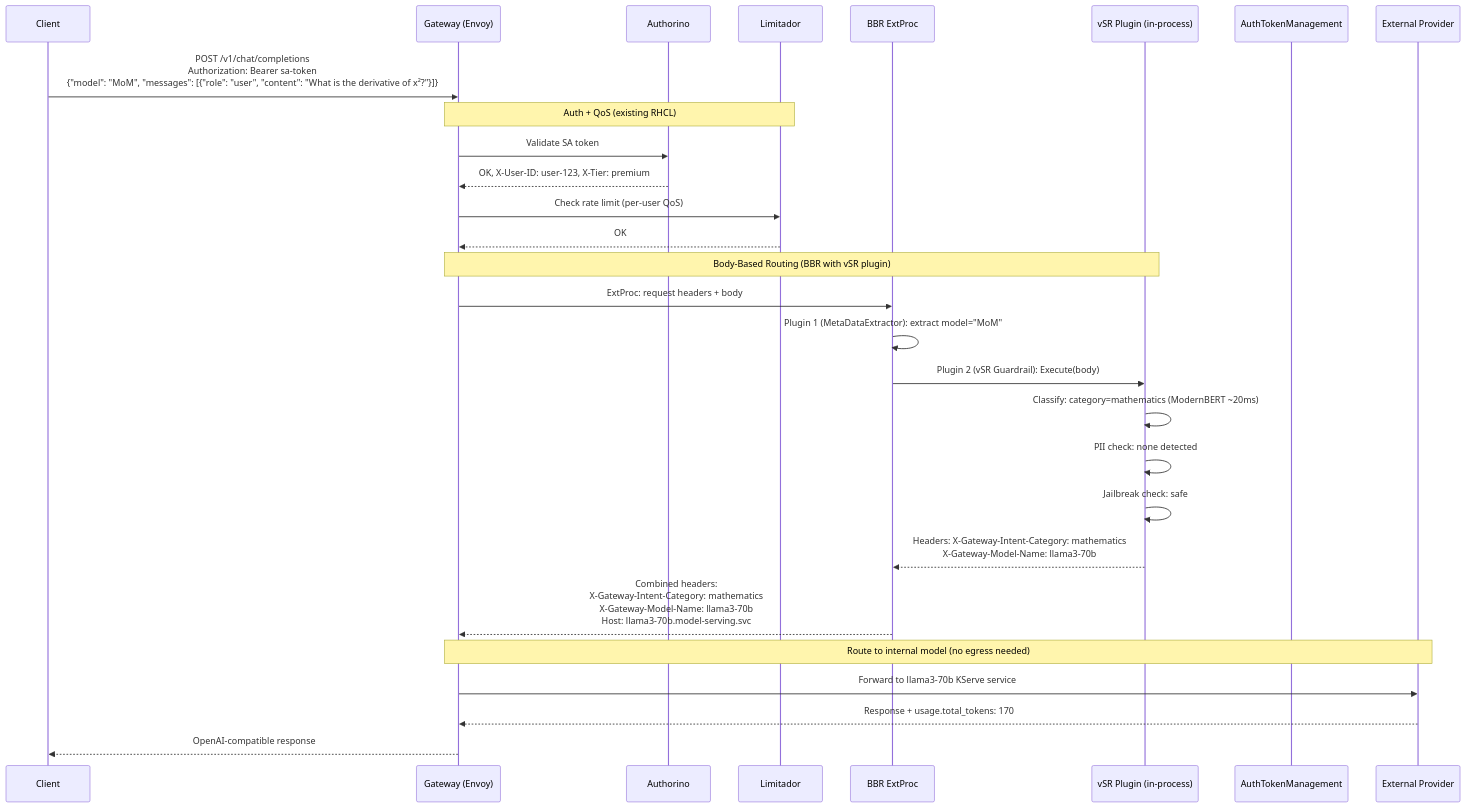
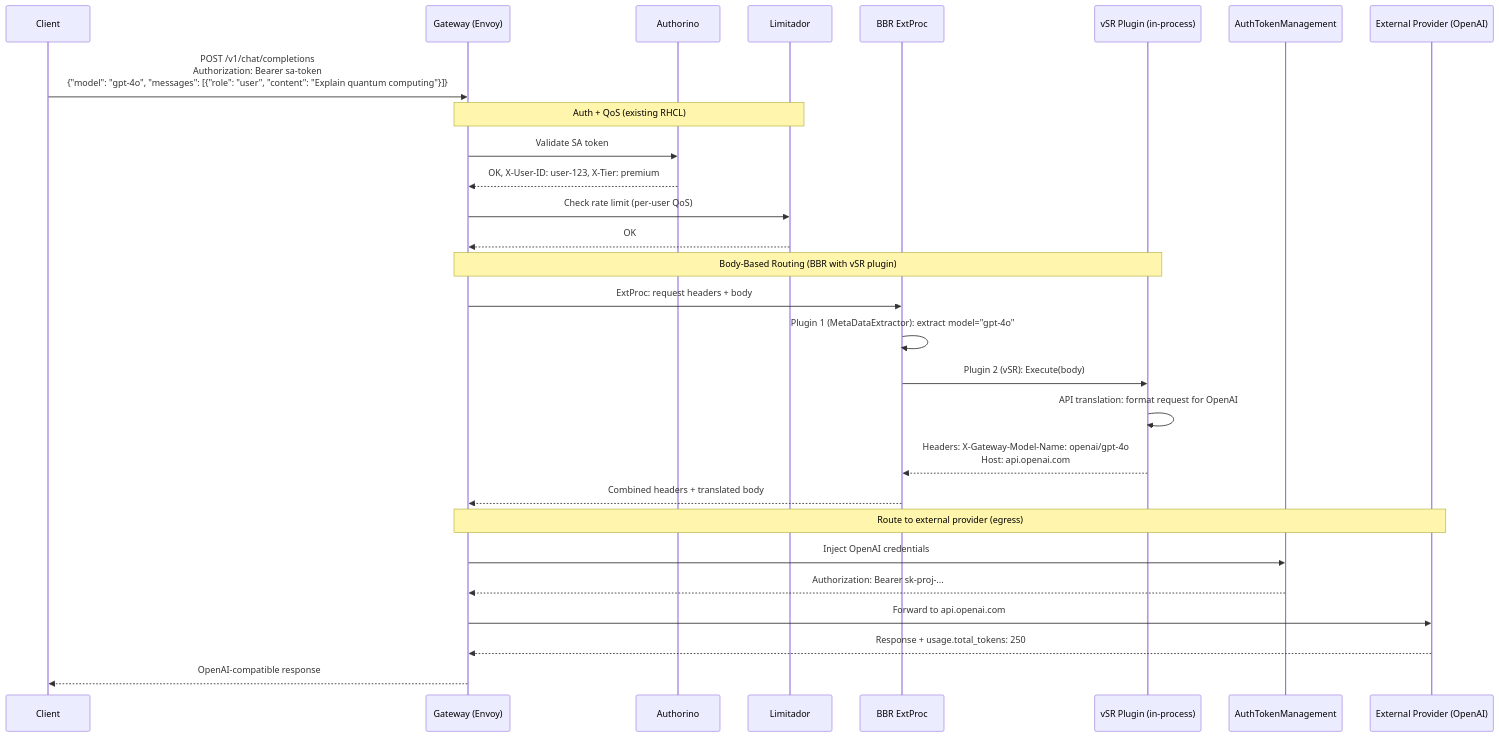
Before and after one commit to noyitz/maas-designs: the first of 2 diagrams in vsr-maas-integration/phase-1-design-v1.2.md, drawn with Mermaid. The commit also changed other lines of this file, not shown here.

````diff
--- a/vsr-maas-integration/phase-1-design-v1.2.md
+++ b/vsr-maas-integration/phase-1-design-v1.2.md
@@ -178,35 +183,35 @@
 ```mermaid
 sequenceDiagram
     participant Client
     participant Gateway as Gateway (Envoy)
     participant Authorino
     participant Limitador
     participant BBR as BBR ExtProc
     participant vSRPlugin as vSR Plugin (in-process)
     participant ATM as AuthTokenManagement
-    participant Provider as External Provider
+    participant Provider as External Provider (OpenAI)
 
-    Client->>Gateway: POST /v1/chat/completions<br/>Authorization: Bearer sa-token<br/>{"model": "MoM", "messages": [{"role": "user", "content": "What is the derivative of x²?"}]}
+    Client->>Gateway: POST /v1/chat/completions<br/>Authorization: Bearer sa-token<br/>{"model": "gpt-4o", "messages": [{"role": "user", "content": "Explain quantum computing"}]}
 
     Note over Gateway,Limitador: Auth + QoS (existing RHCL)
     Gateway->>Authorino: Validate SA token
     Authorino-->>Gateway: OK, X-User-ID: user-123, X-Tier: premium
     Gateway->>Limitador: Check rate limit (per-user QoS)
     Limitador-->>Gateway: OK
 
     Note over Gateway,vSRPlugin: Body-Based Routing (BBR with vSR plugin)
     Gateway->>BBR: ExtProc: request headers + body
-    BBR->>BBR: Plugin 1 (MetaDataExtractor): extract model="MoM"
-    BBR->>vSRPlugin: Plugin 2 (vSR Guardrail): Execute(body)
-    vSRPlugin->>vSRPlugin: Classify: category=mathematics (ModernBERT ~20ms)
-    vSRPlugin->>vSRPlugin: PII check: none detected
-    vSRPlugin->>vSRPlugin: Jailbreak check: safe
-    vSRPlugin-->>BBR: Headers: X-Gateway-Intent-Category: mathematics<br/>X-Gateway-Model-Name: llama3-70b
-    BBR-->>Gateway: Combined headers:<br/>X-Gateway-Intent-Category: mathematics<br/>X-Gateway-Model-Name: llama3-70b<br/>Host: llama3-70b.model-serving.svc
+    BBR->>BBR: Plugin 1 (MetaDataExtractor): extract model="gpt-4o"
+    BBR->>vSRPlugin: Plugin 2 (vSR): Execute(body)
+    vSRPlugin->>vSRPlugin: API translation: format request for OpenAI
+    vSRPlugin-->>BBR: Headers: X-Gateway-Model-Name: openai/gpt-4o<br/>Host: api.openai.com
+    BBR-->>Gateway: Combined headers + translated body
 
-    Note over Gateway,Provider: Route to internal model (no egress needed)
-    Gateway->>Provider: Forward to llama3-70b KServe service
-    Provider-->>Gateway: Response + usage.total_tokens: 170
+    Note over Gateway,Provider: Route to external provider (egress)
+    Gateway->>ATM: Inject OpenAI credentials
+    ATM-->>Gateway: Authorization: Bearer sk-proj-...
+    Gateway->>Provider: Forward to api.openai.com
+    Provider-->>Gateway: Response + usage.total_tokens: 250
 
     Gateway-->>Client: OpenAI-compatible response
 ```
````
